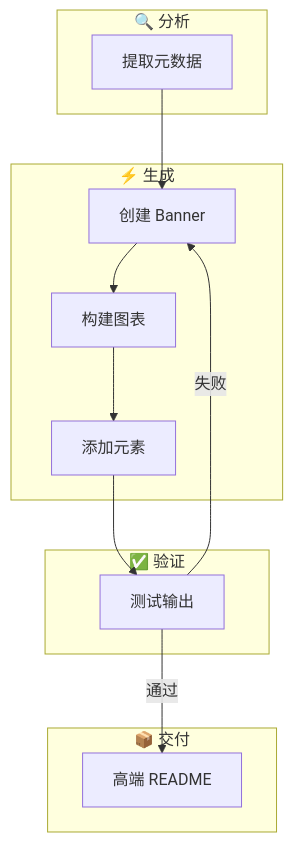
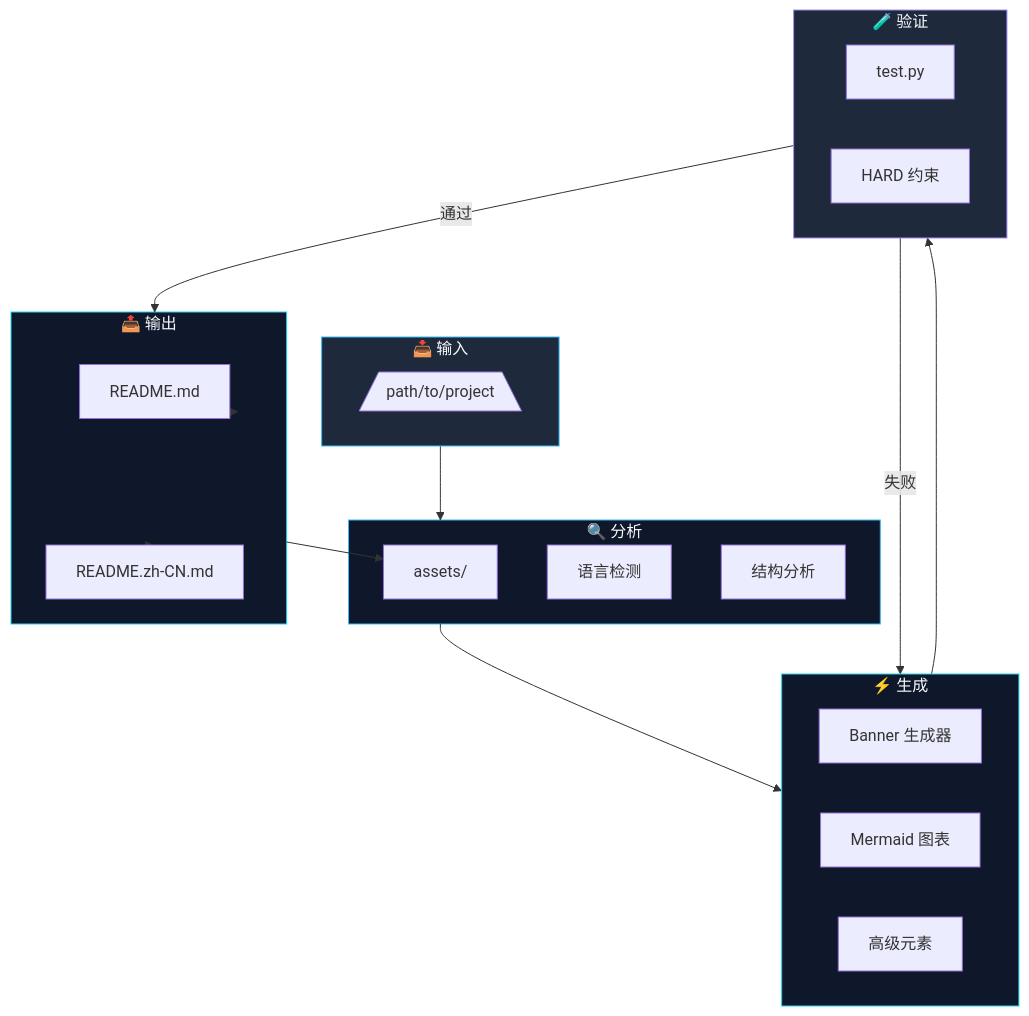
One commit to AlanSong2077/github-readme-crafter-Skill changed the first of 2 diagrams in README.zh-CN.md. Above: the diagram before and after it, drawn with Mermaid. The commit also changed other lines of this file and 3 other files, not shown here.

````diff
--- a/README.zh-CN.md
+++ b/README.zh-CN.md
@@ -59,30 +96,49 @@
 ```mermaid
 flowchart TB
-    classDef service fill:#e0e7ff,stroke:#4338ca,stroke-width:2px
-    classDef output fill:#d1fae5,stroke:#059669,stroke-width:2px
-    
-    subgraph Analyze["🔍 分析"]
-        A[提取元数据]
+    classDef process fill:#0f172a,stroke:#38bdf8,stroke-width:2px,color:#f8fafc
+    classDef output fill:#1e293b,stroke:#22d3ee,stroke-width:2px,color:#f8fafc
+    classDef quality fill:#1e293b,stroke:#a78bfa,stroke-width:2px,color:#f8fafc
+
+    subgraph IN[📥 输入]
+        direction LR
+        P[/path/to/project\]
     end
-    
-    subgraph Generate["⚡ 生成"]
-        B[创建 Banner]
-        C[构建图表]
-        D[添加元素]
+
+    subgraph ANALYZE[🔍 分析]
+        A[元数据提取]
+        L[语言检测]
+        S[结构分析]
     end
-    
-    subgraph Validate["✅ 验证"]
-        E[测试输出]
+
+    subgraph GENERATE[⚡ 生成]
+        B[Banner 生成器]
+        D[Mermaid 图表]
+        E[高级元素]
     end
-    
-    subgraph Deliver["📦 交付"]
-        F[高端 README]
+
+    subgraph VALIDATE[🧪 验证]
+        V[test.py]
+        H[HARD 约束]
     end
-    
-    A --> B
-    B --> C
-    C --> D
-    D --> E
-    E -->|通过| F
-    E -->|失败| B
+
+    subgraph OUT[📤 输出]
+        R[README.md]
+        C[README.zh-CN.md]
+        A[assets/]
+    end
+
+    P --> ANALYZE
+    ANALYZE --> GENERATE
+    GENERATE --> VALIDATE
+    VALIDATE -->|通过| OUT
+    VALIDATE -->|失败| GENERATE
+    OUT --> R
+    OUT --> C
+    OUT --> A
+
+    style IN fill:#1e293b,stroke:#38bdf8,color:#f8fafc
+    style ANALYZE fill:#0f172a,stroke:#38bdf8,color:#f8fafc
+    style GENERATE fill:#0f172a,stroke:#22d3ee,color:#f8fafc
+    style VALIDATE fill:#1e293b,stroke:#a78bfa,color:#f8fafc
+    style OUT fill:#0f172a,stroke:#22d3ee,color:#f8fafc
 ```
````
